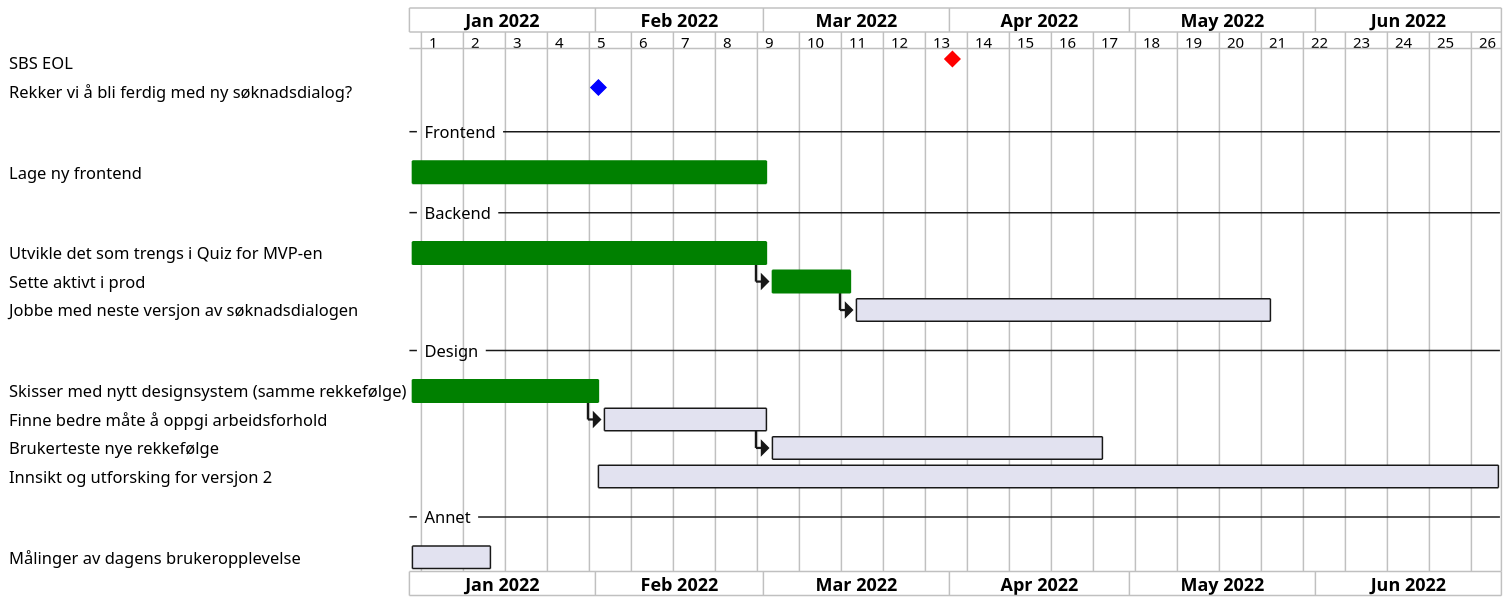
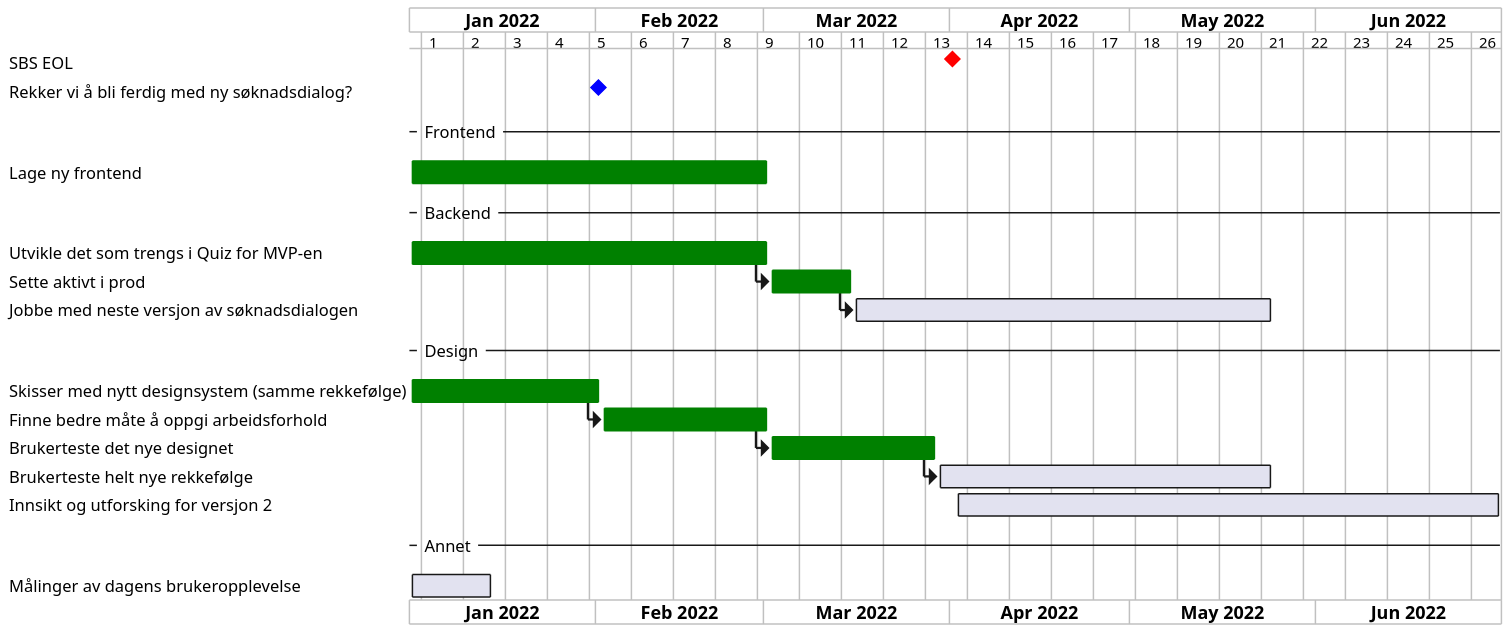
Before and after one commit to navikt/dagpenger: the diagram in docs/framdrift/MVP_ny_soknadsdialog.puml, drawn with PlantUML.

Commit message:
Oppdatert med flere steg i designdelen av framdriftsplanen.

```diff
--- a/docs/framdrift/MVP_ny_soknadsdialog.puml
+++ b/docs/framdrift/MVP_ny_soknadsdialog.puml
@@ -1,28 +1,29 @@
 @startgantt
 skinparam dpi 200
 ganttscale weekly
 Labels on first column
 
 Project starts 2022-01-01
 
 [SBS EOL] happens 2022-04-01 and is colored in Red
 [Rekker vi å bli ferdig med ny søknadsdialog?] happens 2022-02-01 and is colored in Blue
 
 -- Frontend --
 [Lage ny frontend] starts 2022-01-01 and ends 2022-03-01 and is colored in Green
 
 -- Backend --
 [Utvikle det som trengs i Quiz for MVP-en] starts 2022-01-01 and ends 2022-03-01 and is colored in Green
 then [Sette aktivt i prod] lasts 2 week and is colored in Green
 then [Jobbe med neste versjon av søknadsdialogen] lasts 10 week
 
 -- Design --
 [Skisser med nytt designsystem (samme rekkefølge)] starts 2022-01-01 and ends 2022-02-01 and is colored in Green
-then [Finne bedre måte å oppgi arbeidsforhold] lasts 4 weeks
-then [Brukerteste nye rekkefølge] lasts 8 weeks
-[Innsikt og utforsking for versjon 2] starts 2022-02-01 and ends 2022-07-01
+then [Finne bedre måte å oppgi arbeidsforhold] lasts 4 weeks and is colored in Green
+then [Brukerteste det nye designet] lasts 4 weeks and is colored in Green
+then [Brukerteste helt nye rekkefølge] lasts 8 weeks
+[Innsikt og utforsking for versjon 2] starts 2022-04-02 and ends 2022-07-01
 
 -- Annet --
 [Målinger av dagens brukeropplevelse] lasts 2 weeks
 
 @endgantt
```
